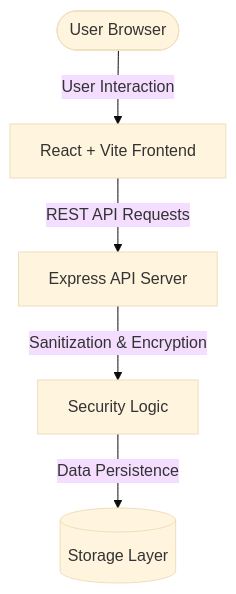
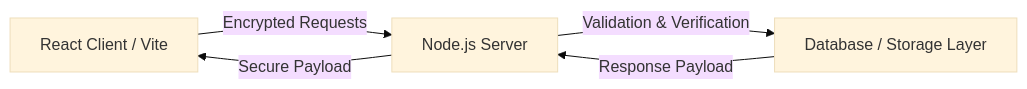
One commit to auysh8/notes-app changed the diagram in README.md. Above: the diagram before and after it, drawn with Mermaid (base theme). The commit also changed other lines of this file, not shown here.

````diff
--- a/README.md
+++ b/README.md
@@ -26,7 +33,7 @@
 ```mermaid
-graph TD
-    User([User Browser]) -->|User Interaction| Client[React + Vite Frontend]
-    Client -->|REST API Requests| Server[Express API Server]
-    Server -->|Sanitization & Encryption| Core[Security Logic]
-    Core -->|Data Persistence| Storage[(Storage Layer)]
+flowchart LR
+    A[React Client / Vite] -->|Encrypted Requests| B[Node.js Server]
+    B -->|Validation & Verification| C[Database / Storage Layer]
+    C -->|Response Payload| B
+    B -->|Secure Payload| A
 ```
````
